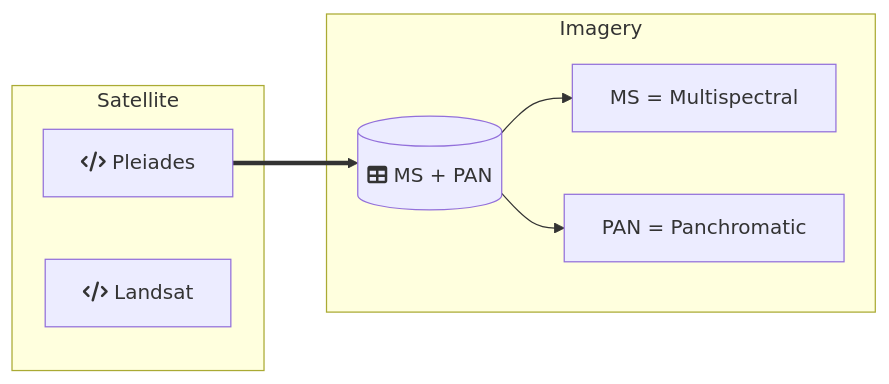
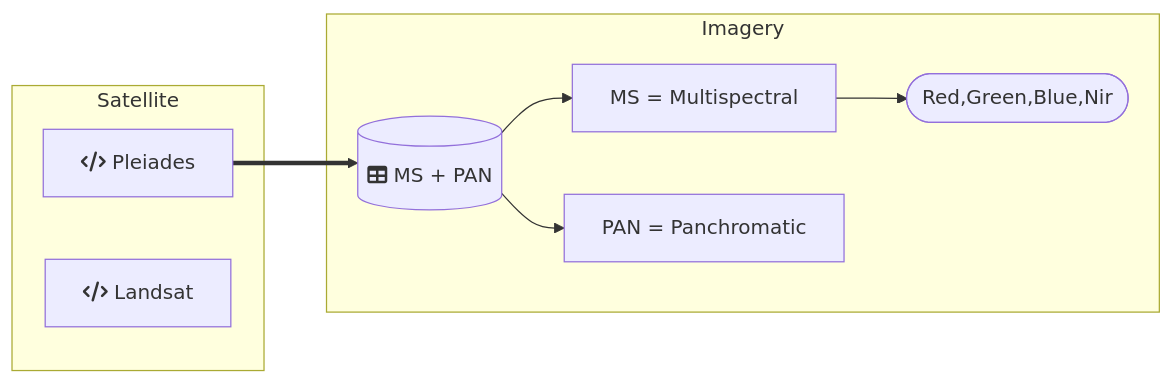
One commit to DippoldEJ/Satellite-Datasets changed the third of 3 diagrams in README.md. Above: the diagram before and after it, drawn with Mermaid.

````diff
--- a/README.md
+++ b/README.md
@@ -32,19 +32,21 @@
 ```mermaid
 flowchart LR;
 
 subgraph Satellite
     s[fa:fa-code Pleiades]
     a[fa:fa-code Landsat]
     end
 
  subgraph Imagery
         db[(fa:fa-table MS + PAN)]
         m[MS = Multispectral]
         p[PAN = Panchromatic]
+        b([Red,Green,Blue,Nir])
     end
 
     s==>db
     db-->m
     db-->p
+    m-->b
 
 ```
````
